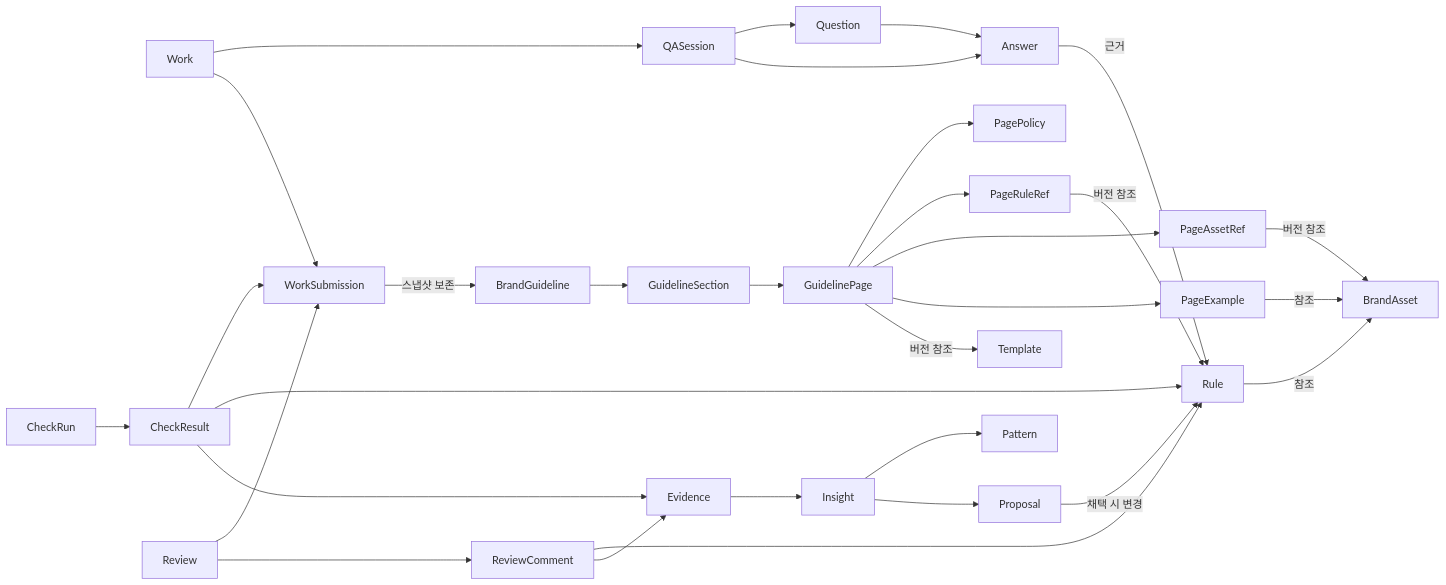
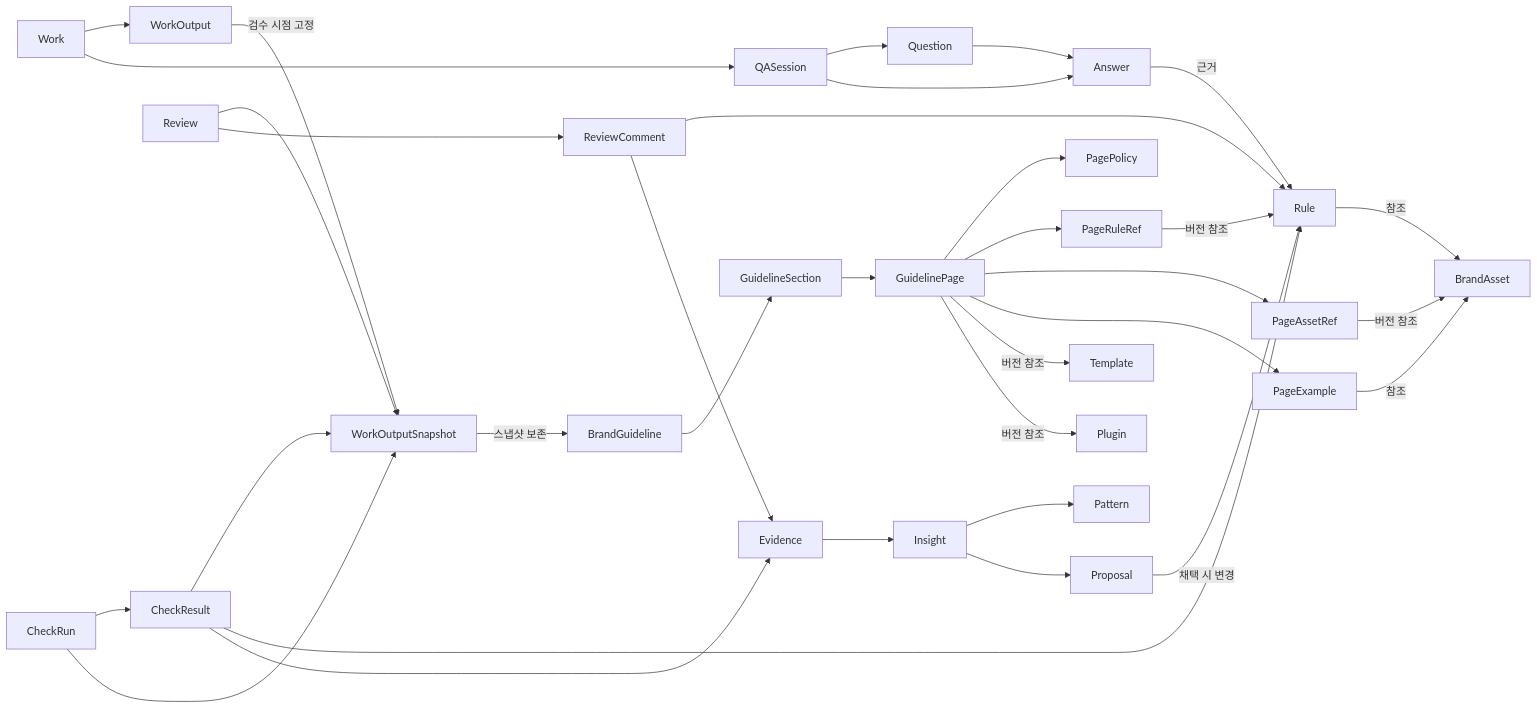
One commit to ewoooo/living-brand-system changed the diagram in docs/04-domain-model.md. Above: the diagram before and after it, drawn with Mermaid. The commit also changed other lines of this file and 4 other files, not shown here.

````diff
--- a/docs/04-domain-model.md
+++ b/docs/04-domain-model.md
@@ -172,57 +189,62 @@
 ```mermaid
 flowchart LR
   Guideline["BrandGuideline"]
   Section["GuidelineSection"]
   Page["GuidelinePage"]
   Policy["PagePolicy"]
   RuleRef["PageRuleRef"]
   AssetRef["PageAssetRef"]
   Example["PageExample"]
   Rule["Rule"]
   Asset["BrandAsset"]
   Template["Template"]
+  Plugin["Plugin"]
   Work["Work"]
+  Output["WorkOutput"]
+  Target["WorkOutputSnapshot"]
   QASession["QASession"]
   Question["Question"]
   Answer["Answer"]
-  Submission["WorkSubmission"]
   CheckRun["CheckRun"]
   CheckResult["CheckResult"]
   Review["Review"]
   Comment["ReviewComment"]
   Insight["Insight"]
   Evidence["Evidence"]
   Pattern["Pattern"]
   Proposal["Proposal"]
 
   Guideline --> Section
   Section --> Page
   Page --> Policy
   Page --> RuleRef
   RuleRef -->|"버전 참조"| Rule
   Page --> AssetRef
   AssetRef -->|"버전 참조"| Asset
   Page --> Example
   Example -->|"참조"| Asset
   Page -->|"버전 참조"| Template
+  Page -->|"버전 참조"| Plugin
   Rule -->|"참조"| Asset
+  Work --> Output
+  Output -->|"검수 시점 고정"| Target
+  Target -->|"스냅샷 보존"| Guideline
   Work --> QASession
   QASession --> Question
   QASession --> Answer
   Question --> Answer
   Answer -->|"근거"| Rule
-  Work --> Submission
-  Submission -->|"스냅샷 보존"| Guideline
   CheckRun --> CheckResult
-  CheckResult --> Submission
+  CheckRun --> Target
+  CheckResult --> Target
   CheckResult --> Rule
-  Review --> Submission
+  Review --> Target
   Review --> Comment
   Comment --> Rule
   CheckResult --> Evidence
   Comment --> Evidence
   Evidence --> Insight
   Insight --> Pattern
   Insight --> Proposal
   Proposal -->|"채택 시 변경"| Rule
 ```
````
